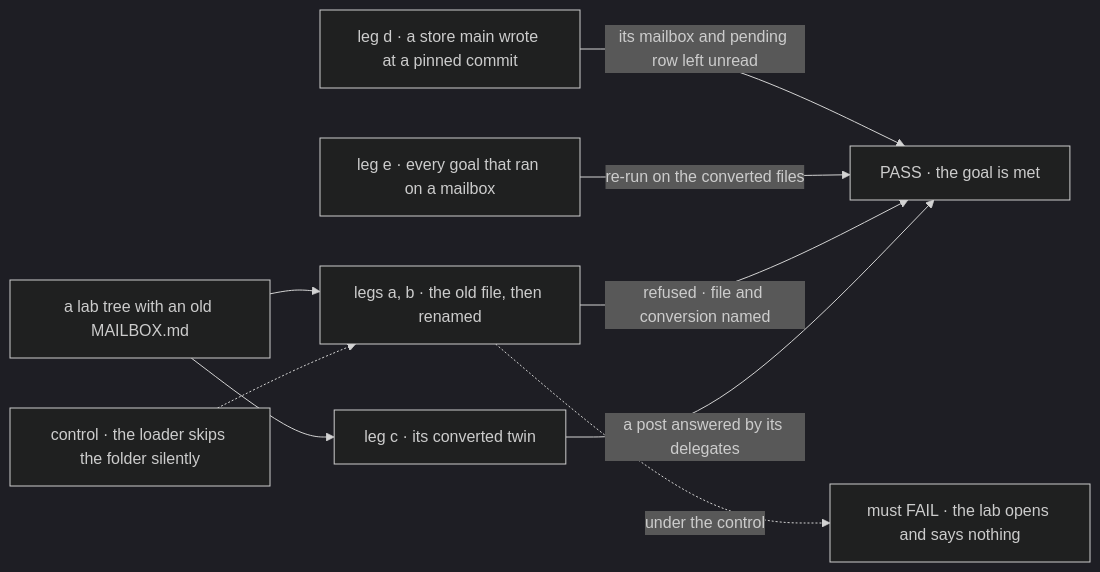
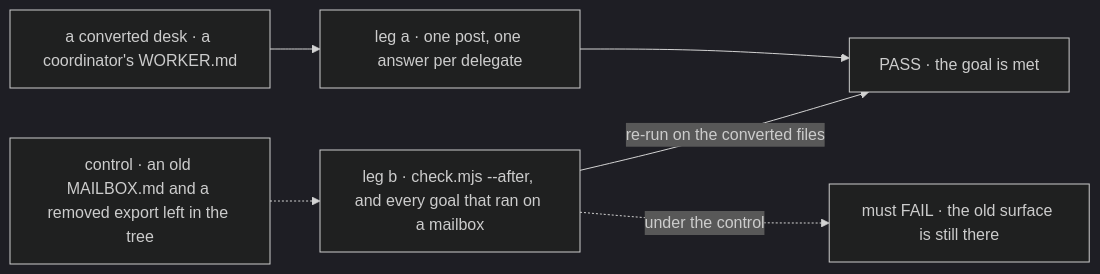
Before and after one commit to fixpoint-labs/flow-state-dev: the first of 2 diagrams in specs/issues/FIX-1792/SPEC.md, drawn with Mermaid (dark theme). The commit also changed other lines of this file and 9 other files, not shown here.

````diff
--- a/specs/issues/FIX-1792/SPEC.md
+++ b/specs/issues/FIX-1792/SPEC.md
@@ -36,11 +35,8 @@
 ```mermaid
 flowchart LR
-  T["a lab tree with an old MAILBOX.md"] --> A["legs a, b · the old file, then renamed"]
-  T --> C["leg c · its converted twin"]
-  D["leg d · a store main wrote at a pinned commit"] -->|"its mailbox and pending row left unread"| P["PASS · the goal is met"]
-  E["leg e · every goal that ran on a mailbox"] -->|"re-run on the converted files"| P
-  A -->|"refused · file and conversion named"| P
-  C -->|"a post answered by its delegates"| P
-  X["control · the loader skips the folder silently"] -.-> A
-  A -.->|"under the control"| F["must FAIL · the lab opens and says nothing"]
+  T["a converted desk · a coordinator's WORKER.md"] --> A["leg a · one post, one answer per delegate"]
+  E["leg b · check.mjs --after, and every goal that ran on a mailbox"] -->|"re-run on the converted files"| P["PASS · the goal is met"]
+  A --> P
+  X["control · an old MAILBOX.md and a removed export left in the tree"] -.-> E
+  E -.->|"under the control"| F["must FAIL · the old surface is still there"]
 ```
````
